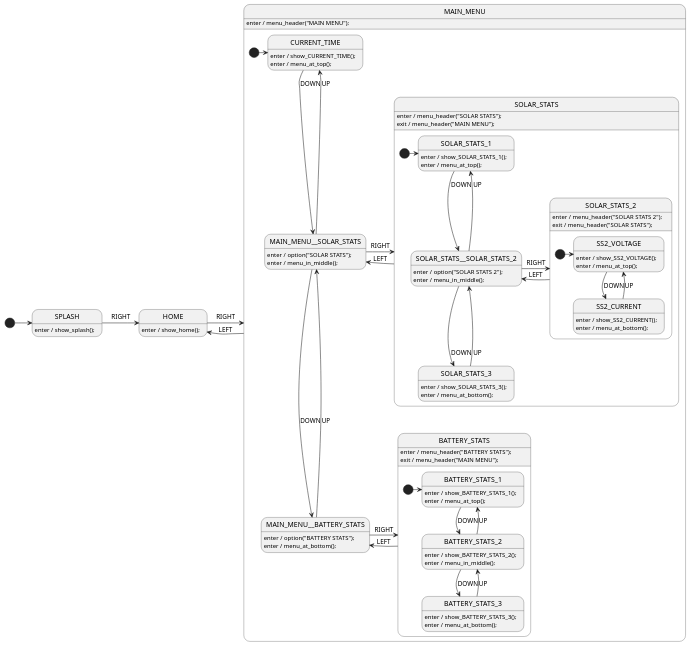
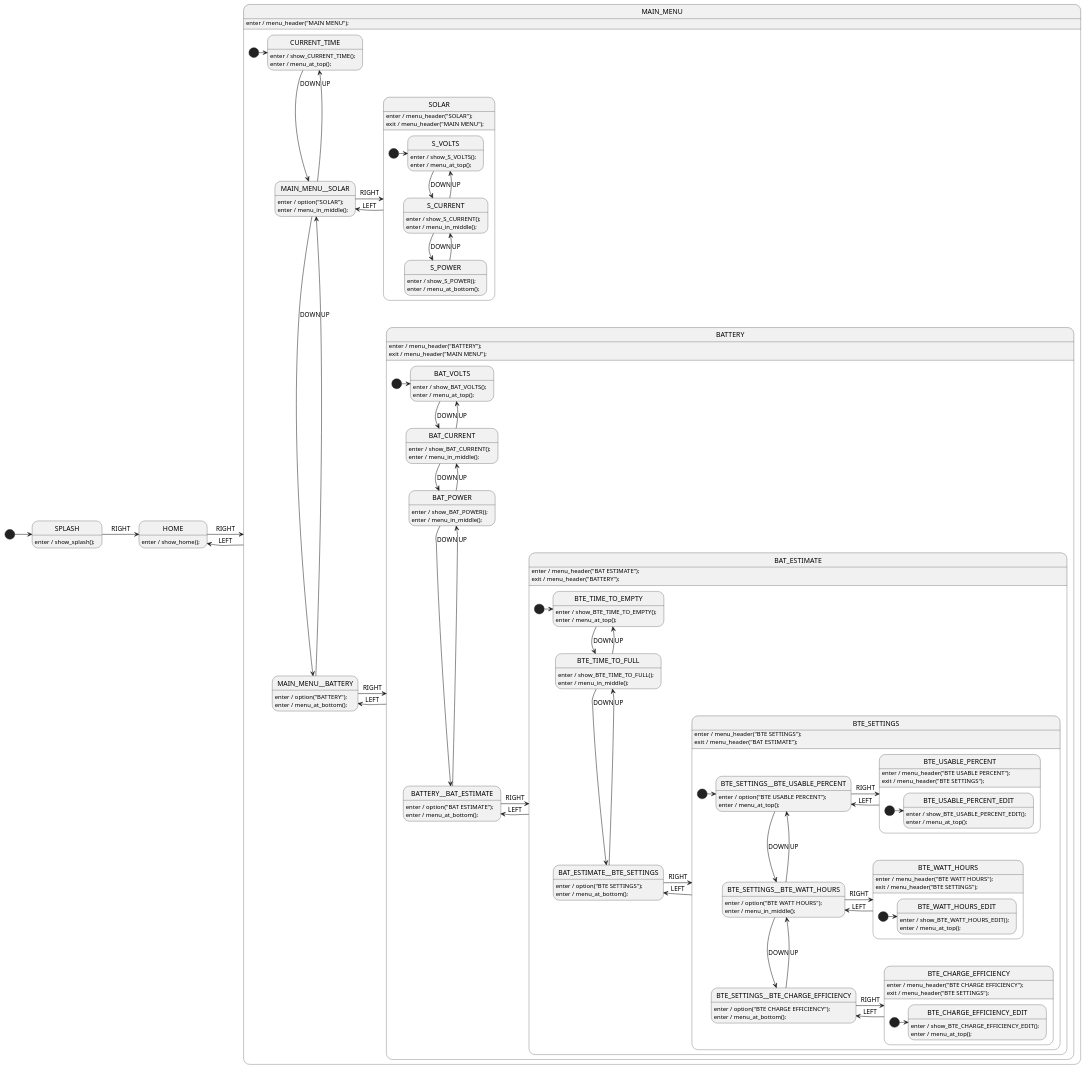
The diagram in examples/1/SolarUiSm.plantuml (adamfk/menu-gen-1), drawn with PlantUML before and after one commit. The commit also changed 2 other files, not shown here.

Commit message:
change menu items

```diff
--- a/examples/1/SolarUiSm.plantuml
+++ b/examples/1/SolarUiSm.plantuml
@@ -15,91 +15,161 @@
 state MAIN_MENU {
     [*] -> CURRENT_TIME
     state CURRENT_TIME
-    state MAIN_MENU__SOLAR_STATS
-    state MAIN_MENU__BATTERY_STATS
+    state MAIN_MENU__SOLAR
+    state MAIN_MENU__BATTERY
 
-    state SOLAR_STATS {
-        [*] -> SOLAR_STATS_1
-        state SOLAR_STATS_1
-        state SOLAR_STATS__SOLAR_STATS_2
-        state SOLAR_STATS_3
+    state SOLAR {
+        [*] -> S_VOLTS
+        state S_VOLTS
+        state S_CURRENT
+        state S_POWER
+    }
+    state BATTERY {
+        [*] -> BAT_VOLTS
+        state BAT_VOLTS
+        state BAT_CURRENT
+        state BAT_POWER
+        state BATTERY__BAT_ESTIMATE
 
-        state SOLAR_STATS_2 {
-            [*] -> SS2_VOLTAGE
-            state SS2_VOLTAGE
-            state SS2_CURRENT
+        state BAT_ESTIMATE {
+            [*] -> BTE_TIME_TO_EMPTY
+            state BTE_TIME_TO_EMPTY
+            state BTE_TIME_TO_FULL
+            state BAT_ESTIMATE__BTE_SETTINGS
+
+            state BTE_SETTINGS {
+                [*] -> BTE_SETTINGS__BTE_USABLE_PERCENT
+                state BTE_SETTINGS__BTE_USABLE_PERCENT
+                state BTE_SETTINGS__BTE_WATT_HOURS
+                state BTE_SETTINGS__BTE_CHARGE_EFFICIENCY
+
+                state BTE_USABLE_PERCENT {
+                    [*] -> BTE_USABLE_PERCENT_EDIT
+                    state BTE_USABLE_PERCENT_EDIT
+                }
+                state BTE_WATT_HOURS {
+                    [*] -> BTE_WATT_HOURS_EDIT
+                    state BTE_WATT_HOURS_EDIT
+                }
+                state BTE_CHARGE_EFFICIENCY {
+                    [*] -> BTE_CHARGE_EFFICIENCY_EDIT
+                    state BTE_CHARGE_EFFICIENCY_EDIT
+                }
+            }
         }
-    }
-    state BATTERY_STATS {
-        [*] -> BATTERY_STATS_1
-        state BATTERY_STATS_1
-        state BATTERY_STATS_2
-        state BATTERY_STATS_3
     }
 }
 
 ' MAIN_MENU
-CURRENT_TIME -down-> MAIN_MENU__SOLAR_STATS : DOWN
-MAIN_MENU__SOLAR_STATS -down-> MAIN_MENU__BATTERY_STATS : DOWN
-MAIN_MENU__BATTERY_STATS -up-> MAIN_MENU__SOLAR_STATS : UP
-MAIN_MENU__SOLAR_STATS -up-> CURRENT_TIME : UP
+CURRENT_TIME -down-> MAIN_MENU__SOLAR : DOWN
+MAIN_MENU__SOLAR -down-> MAIN_MENU__BATTERY : DOWN
+MAIN_MENU__BATTERY -up-> MAIN_MENU__SOLAR : UP
+MAIN_MENU__SOLAR -up-> CURRENT_TIME : UP
 
-' SOLAR_STATS
-MAIN_MENU__SOLAR_STATS -right-> SOLAR_STATS : RIGHT
-SOLAR_STATS -left-> MAIN_MENU__SOLAR_STATS : LEFT
-SOLAR_STATS_1 -down-> SOLAR_STATS__SOLAR_STATS_2 : DOWN
-SOLAR_STATS__SOLAR_STATS_2 -down-> SOLAR_STATS_3 : DOWN
-SOLAR_STATS_3 -up-> SOLAR_STATS__SOLAR_STATS_2 : UP
-SOLAR_STATS__SOLAR_STATS_2 -up-> SOLAR_STATS_1 : UP
+' SOLAR
+MAIN_MENU__SOLAR -right-> SOLAR : RIGHT
+SOLAR -left-> MAIN_MENU__SOLAR : LEFT
+S_VOLTS -down-> S_CURRENT : DOWN
+S_CURRENT -down-> S_POWER : DOWN
+S_POWER -up-> S_CURRENT : UP
+S_CURRENT -up-> S_VOLTS : UP
 
-' SOLAR_STATS_2
-SOLAR_STATS__SOLAR_STATS_2 -right-> SOLAR_STATS_2 : RIGHT
-SOLAR_STATS_2 -left-> SOLAR_STATS__SOLAR_STATS_2 : LEFT
-SS2_VOLTAGE -down-> SS2_CURRENT : DOWN
-SS2_CURRENT -up-> SS2_VOLTAGE : UP
+' BATTERY
+MAIN_MENU__BATTERY -right-> BATTERY : RIGHT
+BATTERY -left-> MAIN_MENU__BATTERY : LEFT
+BAT_VOLTS -down-> BAT_CURRENT : DOWN
+BAT_CURRENT -down-> BAT_POWER : DOWN
+BAT_POWER -down-> BATTERY__BAT_ESTIMATE : DOWN
+BATTERY__BAT_ESTIMATE -up-> BAT_POWER : UP
+BAT_POWER -up-> BAT_CURRENT : UP
+BAT_CURRENT -up-> BAT_VOLTS : UP
 
-' BATTERY_STATS
-MAIN_MENU__BATTERY_STATS -right-> BATTERY_STATS : RIGHT
-BATTERY_STATS -left-> MAIN_MENU__BATTERY_STATS : LEFT
-BATTERY_STATS_1 -down-> BATTERY_STATS_2 : DOWN
-BATTERY_STATS_2 -down-> BATTERY_STATS_3 : DOWN
-BATTERY_STATS_3 -up-> BATTERY_STATS_2 : UP
-BATTERY_STATS_2 -up-> BATTERY_STATS_1 : UP
+' BAT_ESTIMATE
+BATTERY__BAT_ESTIMATE -right-> BAT_ESTIMATE : RIGHT
+BAT_ESTIMATE -left-> BATTERY__BAT_ESTIMATE : LEFT
+BTE_TIME_TO_EMPTY -down-> BTE_TIME_TO_FULL : DOWN
+BTE_TIME_TO_FULL -down-> BAT_ESTIMATE__BTE_SETTINGS : DOWN
+BAT_ESTIMATE__BTE_SETTINGS -up-> BTE_TIME_TO_FULL : UP
+BTE_TIME_TO_FULL -up-> BTE_TIME_TO_EMPTY : UP
+
+' BTE_SETTINGS
+BAT_ESTIMATE__BTE_SETTINGS -right-> BTE_SETTINGS : RIGHT
+BTE_SETTINGS -left-> BAT_ESTIMATE__BTE_SETTINGS : LEFT
+BTE_SETTINGS__BTE_USABLE_PERCENT -down-> BTE_SETTINGS__BTE_WATT_HOURS : DOWN
+BTE_SETTINGS__BTE_WATT_HOURS -down-> BTE_SETTINGS__BTE_CHARGE_EFFICIENCY : DOWN
+BTE_SETTINGS__BTE_CHARGE_EFFICIENCY -up-> BTE_SETTINGS__BTE_WATT_HOURS : UP
+BTE_SETTINGS__BTE_WATT_HOURS -up-> BTE_SETTINGS__BTE_USABLE_PERCENT : UP
+
+' BTE_USABLE_PERCENT
+BTE_SETTINGS__BTE_USABLE_PERCENT -right-> BTE_USABLE_PERCENT : RIGHT
+BTE_USABLE_PERCENT -left-> BTE_SETTINGS__BTE_USABLE_PERCENT : LEFT
+
+' BTE_WATT_HOURS
+BTE_SETTINGS__BTE_WATT_HOURS -right-> BTE_WATT_HOURS : RIGHT
+BTE_WATT_HOURS -left-> BTE_SETTINGS__BTE_WATT_HOURS : LEFT
+
+' BTE_CHARGE_EFFICIENCY
+BTE_SETTINGS__BTE_CHARGE_EFFICIENCY -right-> BTE_CHARGE_EFFICIENCY : RIGHT
+BTE_CHARGE_EFFICIENCY -left-> BTE_SETTINGS__BTE_CHARGE_EFFICIENCY : LEFT
 
 
 'EVENT HANDLERS
 MAIN_MENU: enter / menu_header("MAIN MENU");
 CURRENT_TIME: enter / show_CURRENT_TIME();
-SOLAR_STATS: enter / menu_header("SOLAR STATS");
-SOLAR_STATS: exit / menu_header("MAIN MENU");
-MAIN_MENU__SOLAR_STATS: enter / option("SOLAR STATS");
-SOLAR_STATS_1: enter / show_SOLAR_STATS_1();
-SOLAR_STATS_2: enter / menu_header("SOLAR STATS 2");
-SOLAR_STATS_2: exit / menu_header("SOLAR STATS");
-SOLAR_STATS__SOLAR_STATS_2: enter / option("SOLAR STATS 2");
-SS2_VOLTAGE: enter / show_SS2_VOLTAGE();
-SS2_CURRENT: enter / show_SS2_CURRENT();
-SOLAR_STATS_3: enter / show_SOLAR_STATS_3();
-BATTERY_STATS: enter / menu_header("BATTERY STATS");
-BATTERY_STATS: exit / menu_header("MAIN MENU");
-MAIN_MENU__BATTERY_STATS: enter / option("BATTERY STATS");
-BATTERY_STATS_1: enter / show_BATTERY_STATS_1();
-BATTERY_STATS_2: enter / show_BATTERY_STATS_2();
-BATTERY_STATS_3: enter / show_BATTERY_STATS_3();
+SOLAR: enter / menu_header("SOLAR");
+SOLAR: exit / menu_header("MAIN MENU");
+MAIN_MENU__SOLAR: enter / option("SOLAR");
+S_VOLTS: enter / show_S_VOLTS();
+S_CURRENT: enter / show_S_CURRENT();
+S_POWER: enter / show_S_POWER();
+BATTERY: enter / menu_header("BATTERY");
+BATTERY: exit / menu_header("MAIN MENU");
+MAIN_MENU__BATTERY: enter / option("BATTERY");
+BAT_VOLTS: enter / show_BAT_VOLTS();
+BAT_CURRENT: enter / show_BAT_CURRENT();
+BAT_POWER: enter / show_BAT_POWER();
+BAT_ESTIMATE: enter / menu_header("BAT ESTIMATE");
+BAT_ESTIMATE: exit / menu_header("BATTERY");
+BATTERY__BAT_ESTIMATE: enter / option("BAT ESTIMATE");
+BTE_TIME_TO_EMPTY: enter / show_BTE_TIME_TO_EMPTY();
+BTE_TIME_TO_FULL: enter / show_BTE_TIME_TO_FULL();
+BTE_SETTINGS: enter / menu_header("BTE SETTINGS");
+BTE_SETTINGS: exit / menu_header("BAT ESTIMATE");
+BAT_ESTIMATE__BTE_SETTINGS: enter / option("BTE SETTINGS");
+BTE_USABLE_PERCENT: enter / menu_header("BTE USABLE PERCENT");
+BTE_USABLE_PERCENT: exit / menu_header("BTE SETTINGS");
+BTE_SETTINGS__BTE_USABLE_PERCENT: enter / option("BTE USABLE PERCENT");
+BTE_USABLE_PERCENT_EDIT: enter / show_BTE_USABLE_PERCENT_EDIT();
+BTE_WATT_HOURS: enter / menu_header("BTE WATT HOURS");
+BTE_WATT_HOURS: exit / menu_header("BTE SETTINGS");
+BTE_SETTINGS__BTE_WATT_HOURS: enter / option("BTE WATT HOURS");
+BTE_WATT_HOURS_EDIT: enter / show_BTE_WATT_HOURS_EDIT();
+BTE_CHARGE_EFFICIENCY: enter / menu_header("BTE CHARGE EFFICIENCY");
+BTE_CHARGE_EFFICIENCY: exit / menu_header("BTE SETTINGS");
+BTE_SETTINGS__BTE_CHARGE_EFFICIENCY: enter / option("BTE CHARGE EFFICIENCY");
+BTE_CHARGE_EFFICIENCY_EDIT: enter / show_BTE_CHARGE_EFFICIENCY_EDIT();
 
 
 'MENU POSITION HANDLERS
 CURRENT_TIME: enter / menu_at_top();
-MAIN_MENU__SOLAR_STATS: enter / menu_in_middle();
-MAIN_MENU__BATTERY_STATS: enter / menu_at_bottom();
-SOLAR_STATS_1: enter / menu_at_top();
-SOLAR_STATS__SOLAR_STATS_2: enter / menu_in_middle();
-SOLAR_STATS_3: enter / menu_at_bottom();
-SS2_VOLTAGE: enter / menu_at_top();
-SS2_CURRENT: enter / menu_at_bottom();
-BATTERY_STATS_1: enter / menu_at_top();
-BATTERY_STATS_2: enter / menu_in_middle();
-BATTERY_STATS_3: enter / menu_at_bottom();
+MAIN_MENU__SOLAR: enter / menu_in_middle();
+MAIN_MENU__BATTERY: enter / menu_at_bottom();
+S_VOLTS: enter / menu_at_top();
+S_CURRENT: enter / menu_in_middle();
+S_POWER: enter / menu_at_bottom();
+BAT_VOLTS: enter / menu_at_top();
+BAT_CURRENT: enter / menu_in_middle();
+BAT_POWER: enter / menu_in_middle();
+BATTERY__BAT_ESTIMATE: enter / menu_at_bottom();
+BTE_TIME_TO_EMPTY: enter / menu_at_top();
+BTE_TIME_TO_FULL: enter / menu_in_middle();
+BAT_ESTIMATE__BTE_SETTINGS: enter / menu_at_bottom();
+BTE_SETTINGS__BTE_USABLE_PERCENT: enter / menu_at_top();
+BTE_SETTINGS__BTE_WATT_HOURS: enter / menu_in_middle();
+BTE_SETTINGS__BTE_CHARGE_EFFICIENCY: enter / menu_at_bottom();
+BTE_USABLE_PERCENT_EDIT: enter / menu_at_top();
+BTE_WATT_HOURS_EDIT: enter / menu_at_top();
+BTE_CHARGE_EFFICIENCY_EDIT: enter / menu_at_top();
 
 
 
```
